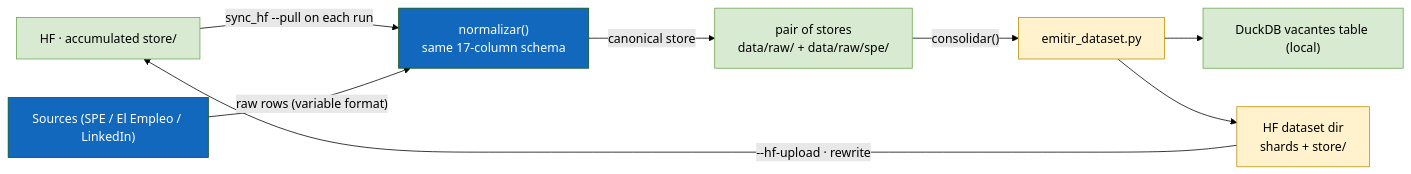
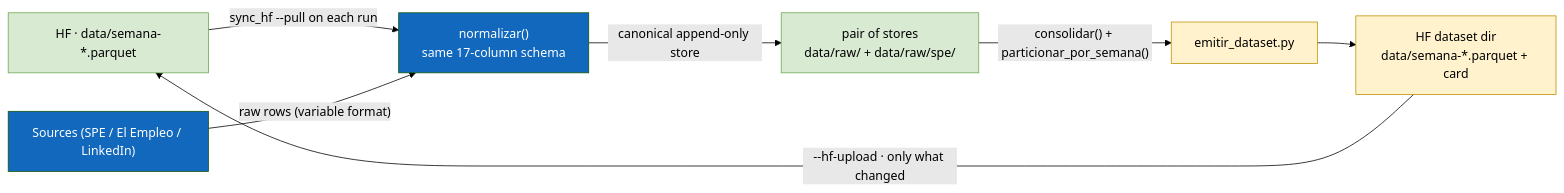
Before and after one commit to shalom-A26/SEXTANTE: the fifth of 8 diagrams in docs/architecture.en.md, drawn with Mermaid (forest theme). The commit also changed other lines of this file and 9 other files, not shown here.

````diff
--- a/docs/architecture.en.md
+++ b/docs/architecture.en.md
@@ -244,17 +250,16 @@
 ```mermaid
 flowchart LR
-    hub["HF · accumulated store/"] -->|"sync_hf --pull on each run"| norm["normalizar()<br/>same 17-column schema"]
+    hub["HF · data/semana-*.parquet"] -->|"sync_hf --pull on each run"| norm["normalizar()<br/>same 17-column schema"]
     sources["Sources (SPE / El Empleo / LinkedIn)"] -->|"raw rows (variable format)"| norm
-    norm -->|"canonical store"| stores["pair of stores<br/>data/raw/ + data/raw/spe/"]
-    stores -->|"consolidar()"| emit["emitir_dataset.py"]
-    emit --> duck["DuckDB vacantes table (local)"]
-    emit --> hfdir["HF dataset dir<br/>shards + store/"]
-    hfdir -->|"--hf-upload · rewrite"| hub
+    norm -->|"canonical append-only store"| stores["pair of stores<br/>data/raw/ + data/raw/spe/"]
+    stores -->|"consolidar() + particionar_por_semana()"| emit["emitir_dataset.py"]
+    emit --> hfdir["HF dataset dir<br/>data/semana-*.parquet + card"]
+    hfdir -->|"--hf-upload · only what changed"| hub
 
     classDef d1 fill:#1168bd,color:#fff;
     classDef d2 fill:#d9ead3,stroke:#6aa84f;
     classDef d3 fill:#fff2cc,stroke:#bf9000;
     class sources,norm d1;
-    class stores,duck,hub d2;
+    class stores,hub d2;
     class emit,hfdir d3;
 ```
````
